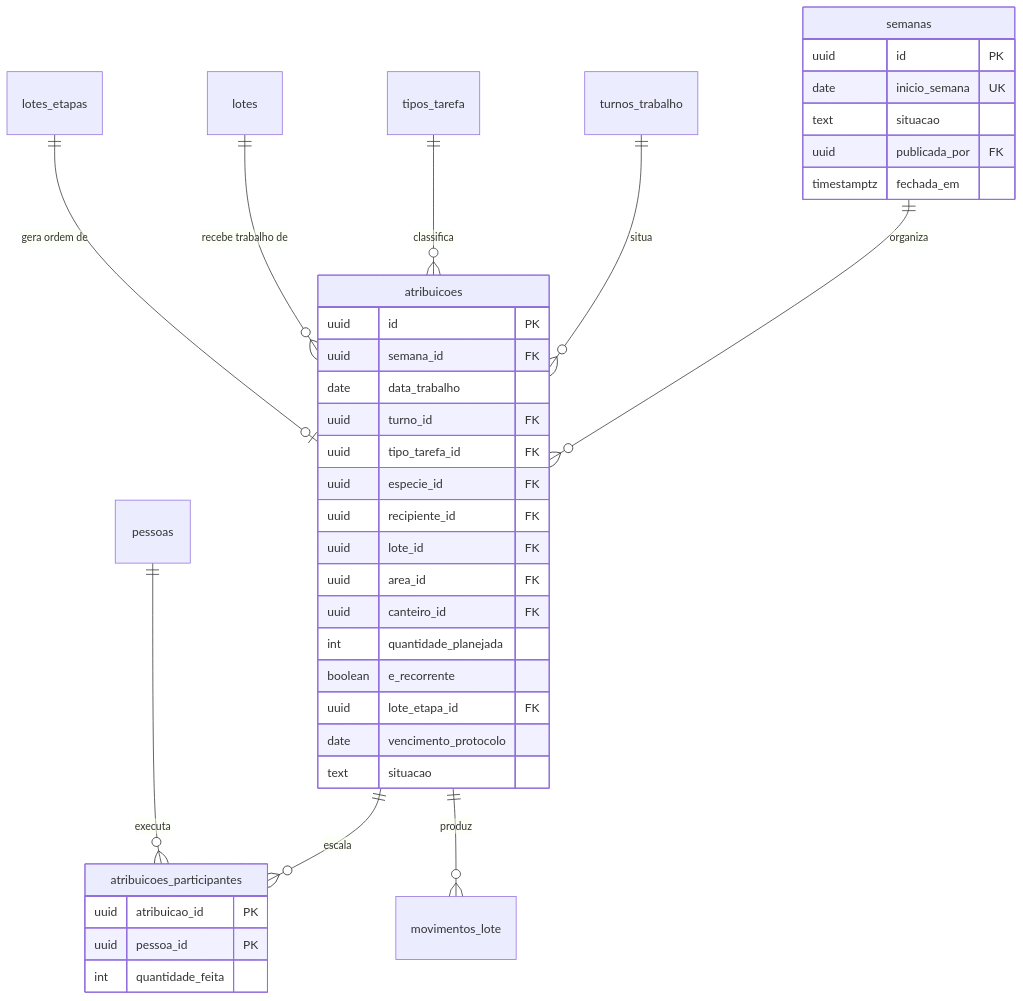
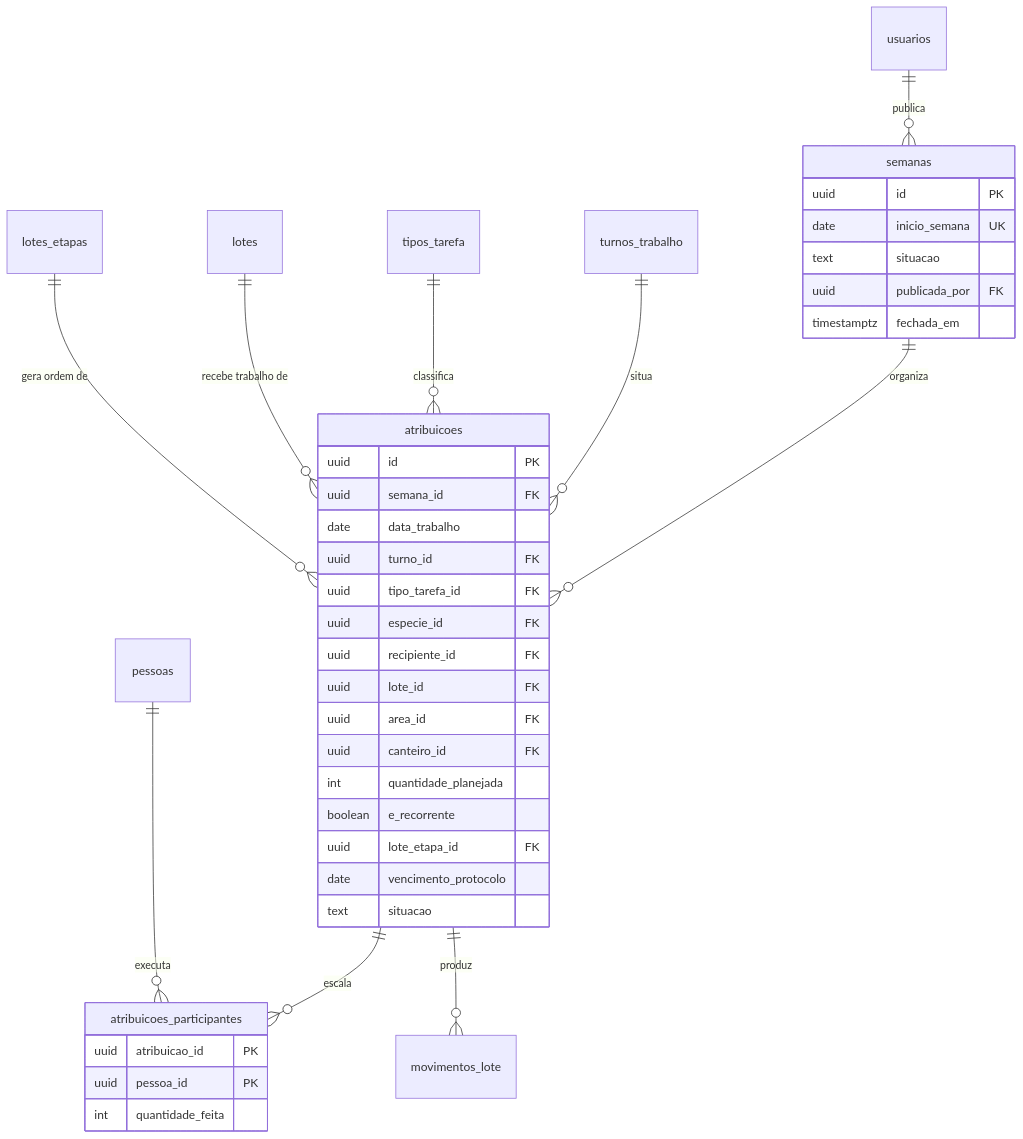
One commit to JoaoMudar/tcc changed the diagram in docs/engenharia/modelo-dados-pt/mmd/fig14-producao-agenda.mmd. Above: the diagram before and after it, drawn with Mermaid. The commit also changed 19 other files, not shown here.

First line of the commit message:
fix(modelo-dados): alinha C8, C6 e as figuras ao schema real

```diff
--- a/docs/engenharia/modelo-dados-pt/mmd/fig14-producao-agenda.mmd
+++ b/docs/engenharia/modelo-dados-pt/mmd/fig14-producao-agenda.mmd
@@ -1,45 +1,47 @@
 erDiagram
   semanas {
     uuid        id PK
     date        inicio_semana UK
     text        situacao
     uuid        publicada_por FK
     timestamptz fechada_em
   }
   atribuicoes {
     uuid    id PK
     uuid    semana_id FK
     date    data_trabalho
     uuid    turno_id FK
     uuid    tipo_tarefa_id FK
     uuid    especie_id FK
     uuid    recipiente_id FK
     uuid    lote_id FK
     uuid    area_id FK
     uuid    canteiro_id FK
     int     quantidade_planejada
     boolean e_recorrente
     uuid    lote_etapa_id FK
     date    vencimento_protocolo
     text    situacao
   }
   atribuicoes_participantes {
     uuid atribuicao_id PK
     uuid pessoa_id PK
     int  quantidade_feita
   }
   turnos_trabalho {}
   tipos_tarefa {}
   pessoas {}
+  usuarios {}
   lotes {}
   lotes_etapas {}
   movimentos_lote {}
 
   semanas     ||--o{ atribuicoes : "organiza"
   atribuicoes ||--o{ atribuicoes_participantes : "escala"
   atribuicoes ||--o{ movimentos_lote : "produz"
   turnos_trabalho ||--o{ atribuicoes : "situa"
   tipos_tarefa    ||--o{ atribuicoes : "classifica"
   pessoas         ||--o{ atribuicoes_participantes : "executa"
   lotes           ||--o{ atribuicoes : "recebe trabalho de"
-  lotes_etapas    ||--o| atribuicoes : "gera ordem de"
+  lotes_etapas    ||--o{ atribuicoes : "gera ordem de"
+  usuarios        ||--o{ semanas : "publica"
```
